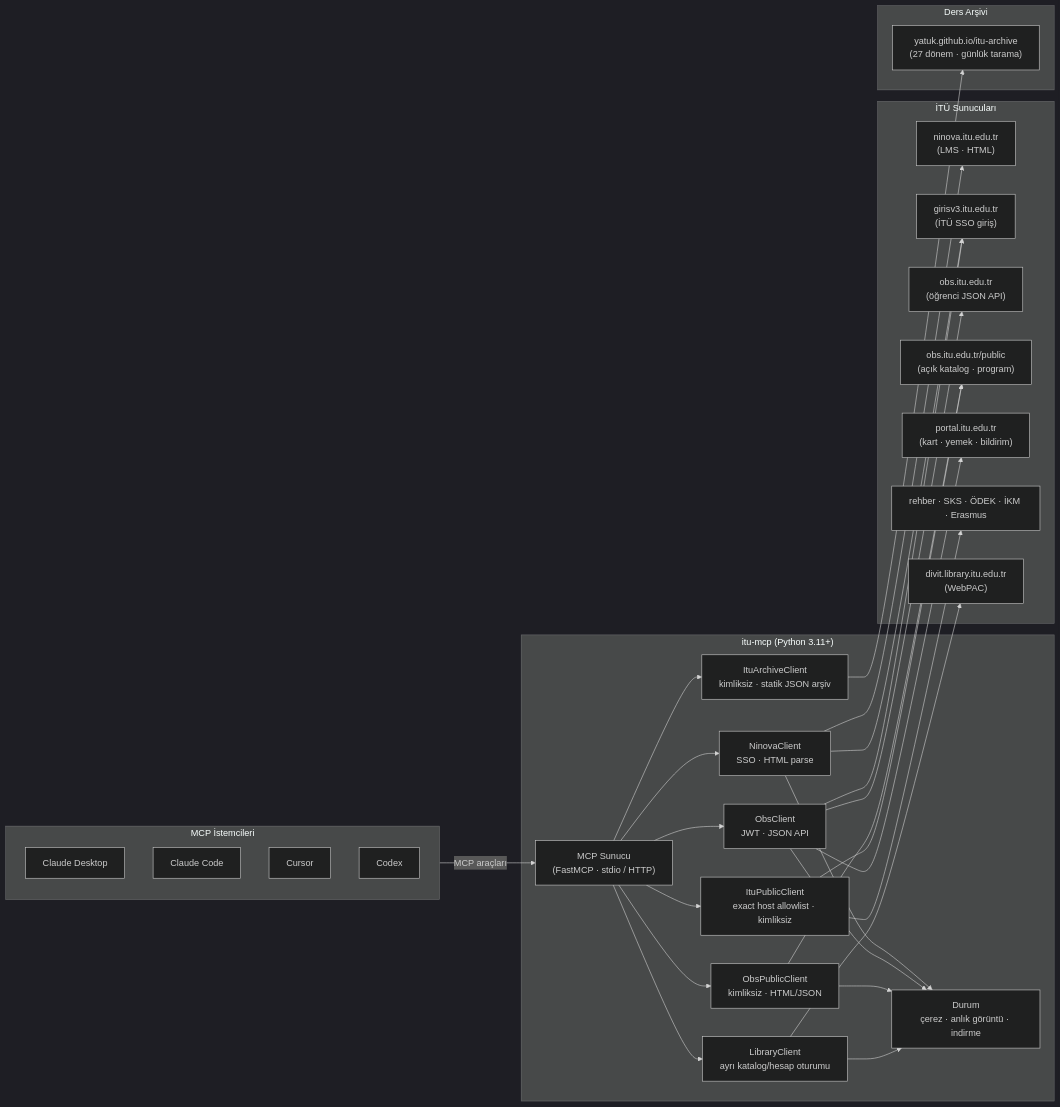
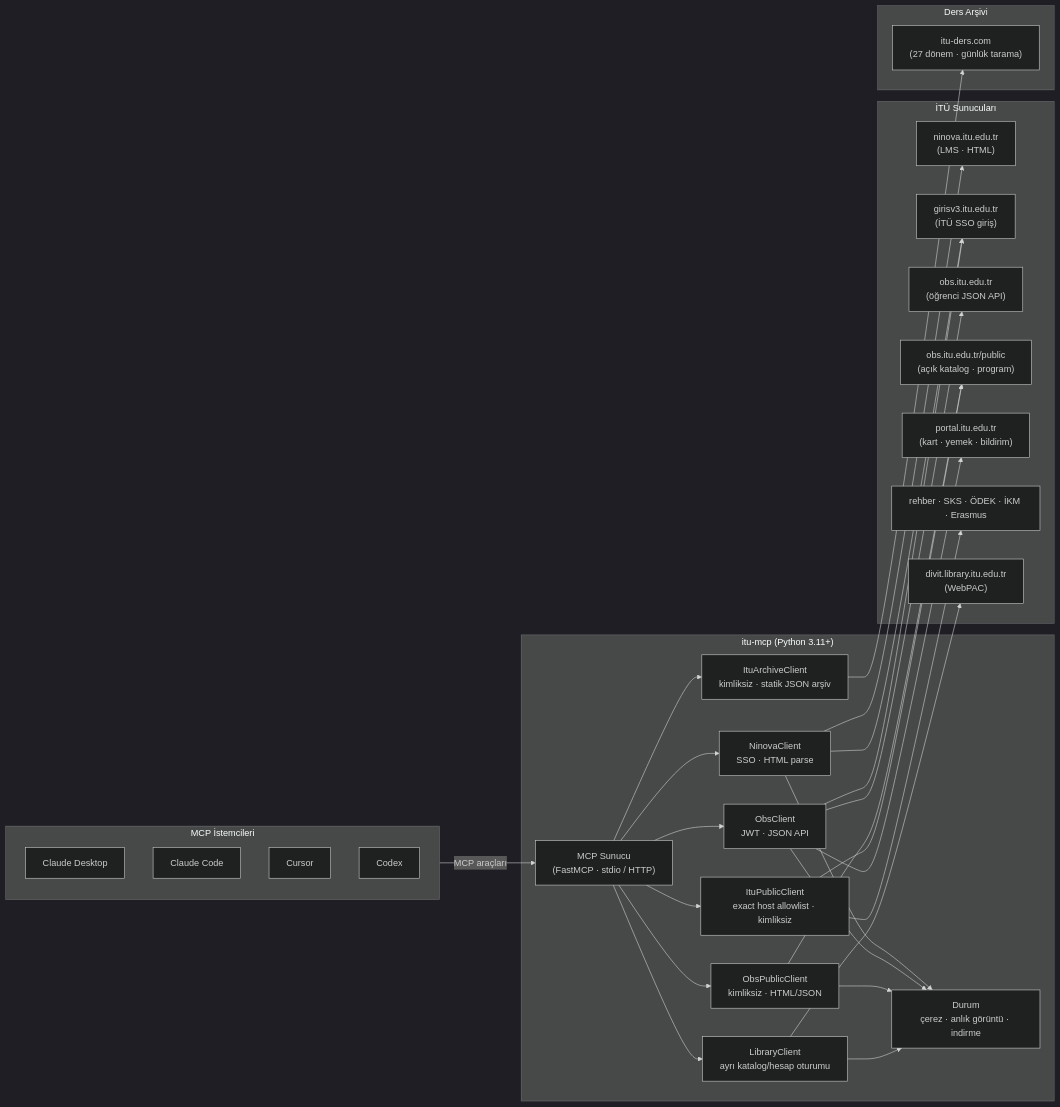
The diagram in README.md (yatuk/itu-mcp), drawn with Mermaid (dark theme) before and after one commit. The commit also changed other lines of this file and 4 other files, not shown here.

````diff
--- a/README.md
+++ b/README.md
@@ -93,56 +93,56 @@
 ```mermaid
 flowchart LR
     subgraph istemciler["MCP İstemcileri"]
         claude["Claude Desktop"]
         claude_code["Claude Code"]
         cursor["Cursor"]
         codex["Codex"]
     end
 
     subgraph sunucu["itu-mcp (Python 3.11+)"]
         mcp["MCP Sunucu<br/>(FastMCP · stdio / HTTP)"]
         ninova_client["NinovaClient<br/>SSO · HTML parse"]
         obs_client["ObsClient<br/>JWT · JSON API"]
         obs_public["ObsPublicClient<br/>kimliksiz · HTML/JSON"]
         itu_public["ItuPublicClient<br/>exact host allowlist · kimliksiz"]
         library_client["LibraryClient<br/>ayrı katalog/hesap oturumu"]
         archive_client["ItuArchiveClient<br/>kimliksiz · statik JSON arşiv"]
         state["Durum<br/>çerez · anlık görüntü · indirme"]
     end
 
     subgraph itu["İTÜ Sunucuları"]
         ninova["ninova.itu.edu.tr<br/>(LMS · HTML)"]
         giris["girisv3.itu.edu.tr<br/>(İTÜ SSO giriş)"]
         obs["obs.itu.edu.tr<br/>(öğrenci JSON API)"]
         obs_pub["obs.itu.edu.tr/public<br/>(açık katalog · program)"]
         portal["portal.itu.edu.tr<br/>(kart · yemek · bildirim)"]
         campus["rehber · SKS · ÖDEK · İKM · Erasmus"]
         library["divit.library.itu.edu.tr<br/>(WebPAC)"]
     end
 
     subgraph arsiv["Ders Arşivi"]
-        archive["yatuk.github.io/itu-archive<br/>(27 dönem · günlük tarama)"]
+        archive["itu-ders.com<br/>(27 dönem · günlük tarama)"]
     end
 
     istemciler -->|"MCP araçları"| mcp
     mcp --> ninova_client
     mcp --> obs_client
     mcp --> obs_public
     mcp --> itu_public
     mcp --> library_client
     mcp --> archive_client
     ninova_client --> giris
     ninova_client --> ninova
     obs_client --> giris
     obs_client --> obs
     obs_client --> portal
     obs_public --> obs_pub
     itu_public --> obs_pub
     itu_public --> campus
     library_client --> library
     archive_client --> archive
     ninova_client --> state
     obs_client --> state
     obs_public --> state
     library_client --> state
 ```
````
